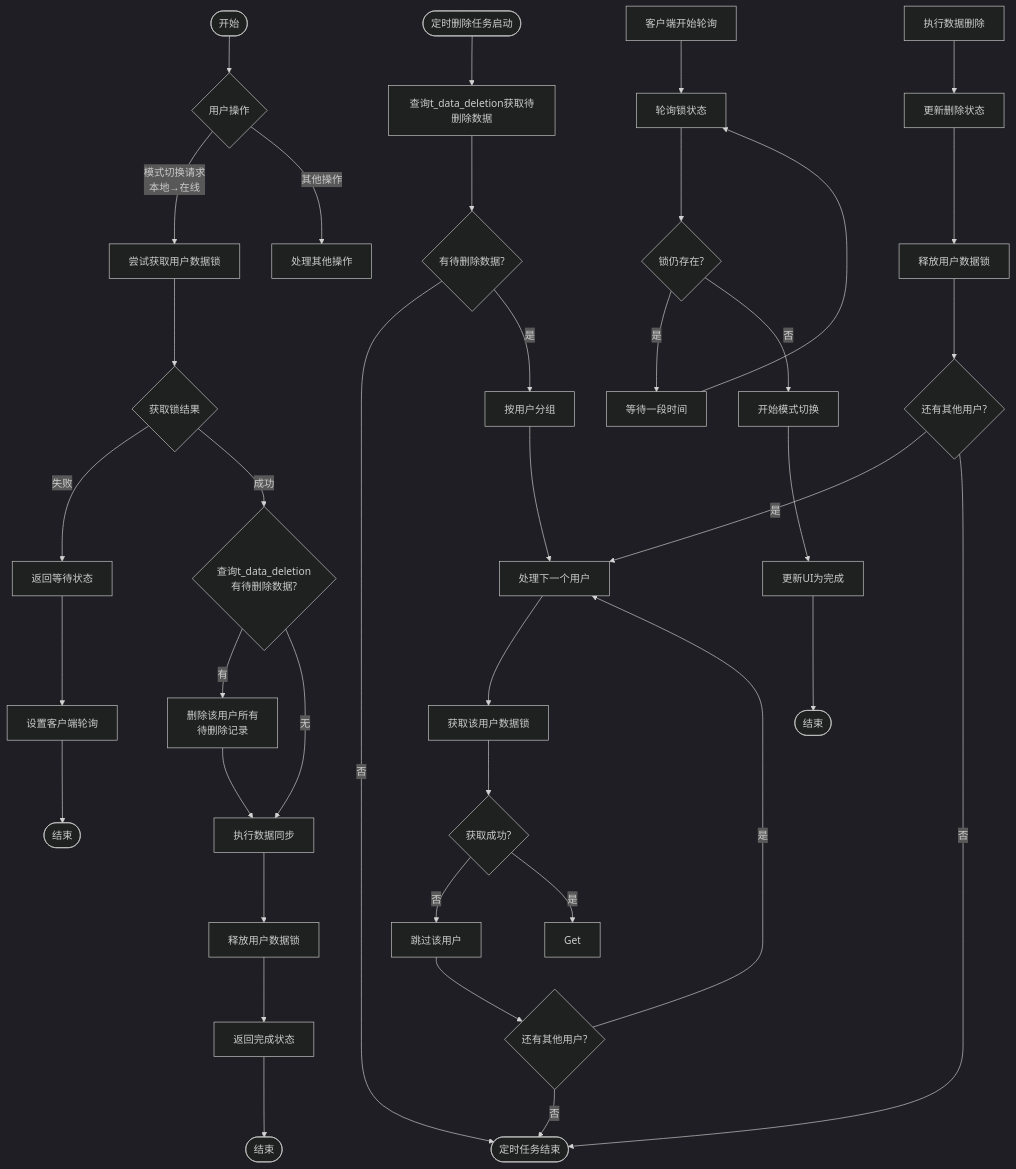
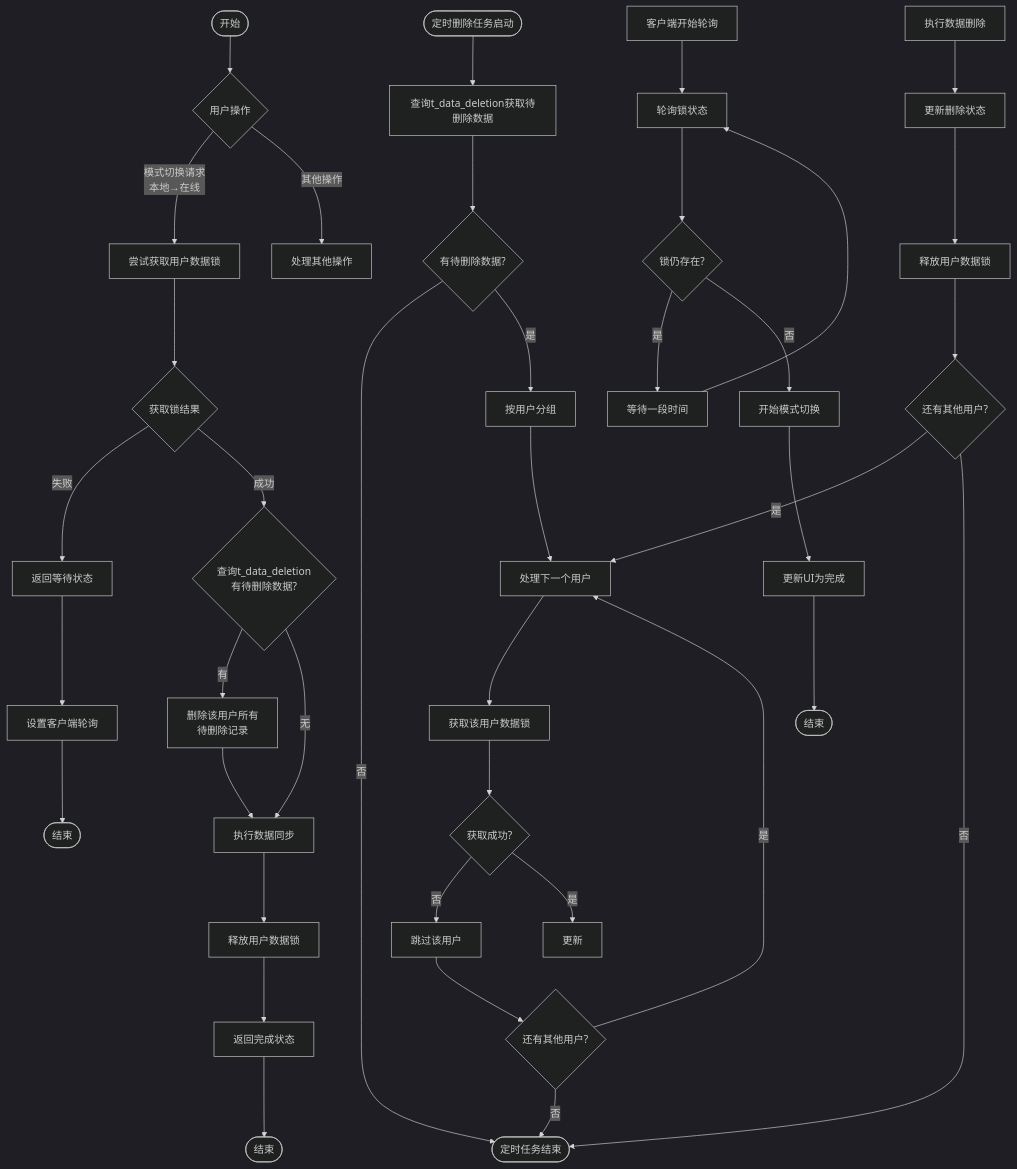
Before and after one commit to yingjianzh/iodraw-files: the diagram in all/未命名-57.md, drawn with Mermaid (dark theme).

Commit message:
2025-05-12 11:21:05 update

````diff
--- a/all/未命名-57.md
+++ b/all/未命名-57.md
@@ -1,61 +1,61 @@
 ```mermaid
 flowchart TD
     %% 主要分支
     Start([开始]) --> UserAction{用户操作}
     UserAction -->|模式切换请求\n本地→在线| TryLock[尝试获取用户数据锁]
     UserAction -->|其他操作| OtherOps[处理其他操作]
     
     %% 定时删除任务分支
     ScheduledTask([定时删除任务启动]) --> QueryDeletions[查询t_data_deletion获取待删除数据]
     QueryDeletions --> HasTasks{有待删除数据?}
     HasTasks -->|否| TaskEnd([定时任务结束])
     HasTasks -->|是| GroupByUser[按用户分组]
     
     %% 处理用户数据删除
     GroupByUser --> ProcessNextUser[处理下一个用户]
     ProcessNextUser --> AcquireLock[获取该用户数据锁]
     AcquireLock --> LockSuccess{获取成功?}
     
     LockSuccess -->|否| SkipUser[跳过该用户]
     SkipUser --> MoreUsers1{还有其他用户?}
     MoreUsers1 -->|是| ProcessNextUser
     MoreUsers1 -->|否| TaskEnd
     
-    LockSuccess -->|是| Get
+    LockSuccess -->|是| GetData[更新]
     
     DeleteData[执行数据删除]
     DeleteData --> UpdateStatus[更新删除状态]
     UpdateStatus --> ReleaseLock[释放用户数据锁]
     ReleaseLock --> MoreUsers2{还有其他用户?}
     MoreUsers2 -->|是| ProcessNextUser
     MoreUsers2 -->|否| TaskEnd
     
     %% 模式切换流程
     TryLock --> LockResult{获取锁结果}
     
     LockResult -->|失败| ReturnWaiting[返回等待状态]
     ReturnWaiting --> SetupPolling[设置客户端轮询]
     SetupPolling --> End1([结束])
     
     LockResult -->|成功| CheckPendingDeletion{查询t_data_deletion\n有待删除数据?}
     
     CheckPendingDeletion -->|有| RemoveDeletionRecords[删除该用户所有\n待删除记录]
     RemoveDeletionRecords --> PerformSync[执行数据同步]
     
     CheckPendingDeletion -->|无| PerformSync
     
     PerformSync --> ReleaseSwitchLock[释放用户数据锁]
     ReleaseSwitchLock --> ReturnComplete[返回完成状态]
     ReturnComplete --> End2([结束])
     
     %% 客户端轮询
     ClientPolling[客户端开始轮询] --> PollLockStatus[轮询锁状态]
     PollLockStatus --> StillLocked{锁仍存在?}
     
     StillLocked -->|是| WaitInterval[等待一段时间]
     WaitInterval --> PollLockStatus
     
     StillLocked -->|否| StartSwitch[开始模式切换]
     StartSwitch --> CompleteUI[更新UI为完成]
     CompleteUI --> End3([结束])
 ```
````
